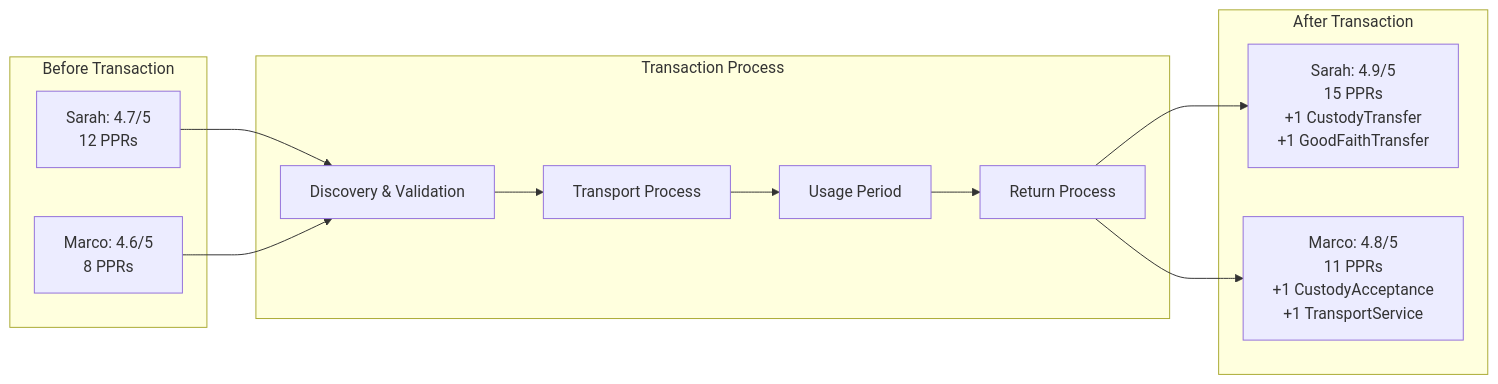
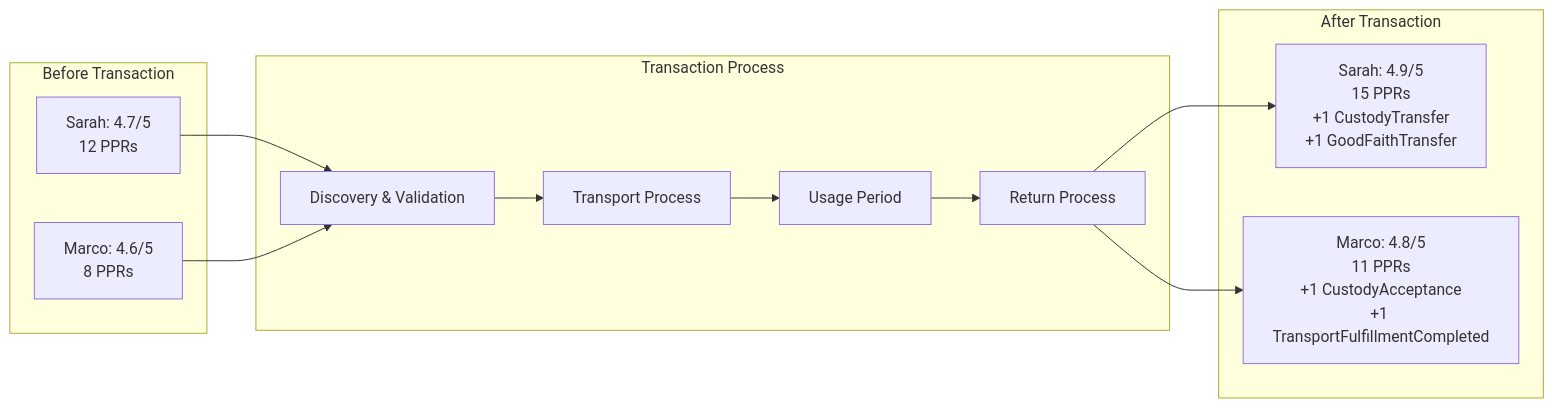
The ninth of 11 diagrams in documentation/Applications/user-story/user-story-ERP-bridge.md (Sensorica/nondominium), drawn with Mermaid before and after one commit. The commit also changed other lines of this file and 99 other files, not shown here.

````diff
--- a/documentation/Applications/user-story/user-story-ERP-bridge.md
+++ b/documentation/Applications/user-story/user-story-ERP-bridge.md
@@ -281,28 +298,28 @@
 ```mermaid
 graph LR
     subgraph "Before Transaction"
         Sarah_Before[Sarah: 4.7/5<br/>12 PPRs]
         Marco_Before[Marco: 4.6/5<br/>8 PPRs]
     end
 
     subgraph "Transaction Process"
         Phase1[Discovery & Validation]
         Phase2[Transport Process]
         Phase3[Usage Period]
         Phase4[Return Process]
 
         Phase1 --> Phase2
         Phase2 --> Phase3
         Phase3 --> Phase4
     end
 
     subgraph "After Transaction"
         Sarah_After[Sarah: 4.9/5<br/>15 PPRs<br/>+1 CustodyTransfer<br/>+1 GoodFaithTransfer]
-        Marco_After[Marco: 4.8/5<br/>11 PPRs<br/>+1 CustodyAcceptance<br/>+1 TransportService]
+        Marco_After[Marco: 4.8/5<br/>11 PPRs<br/>+1 CustodyAcceptance<br/>+1 TransportFulfillmentCompleted]
     end
 
     Sarah_Before --> Phase1
     Marco_Before --> Phase1
     Phase4 --> Sarah_After
     Phase4 --> Marco_After
 ```
````
